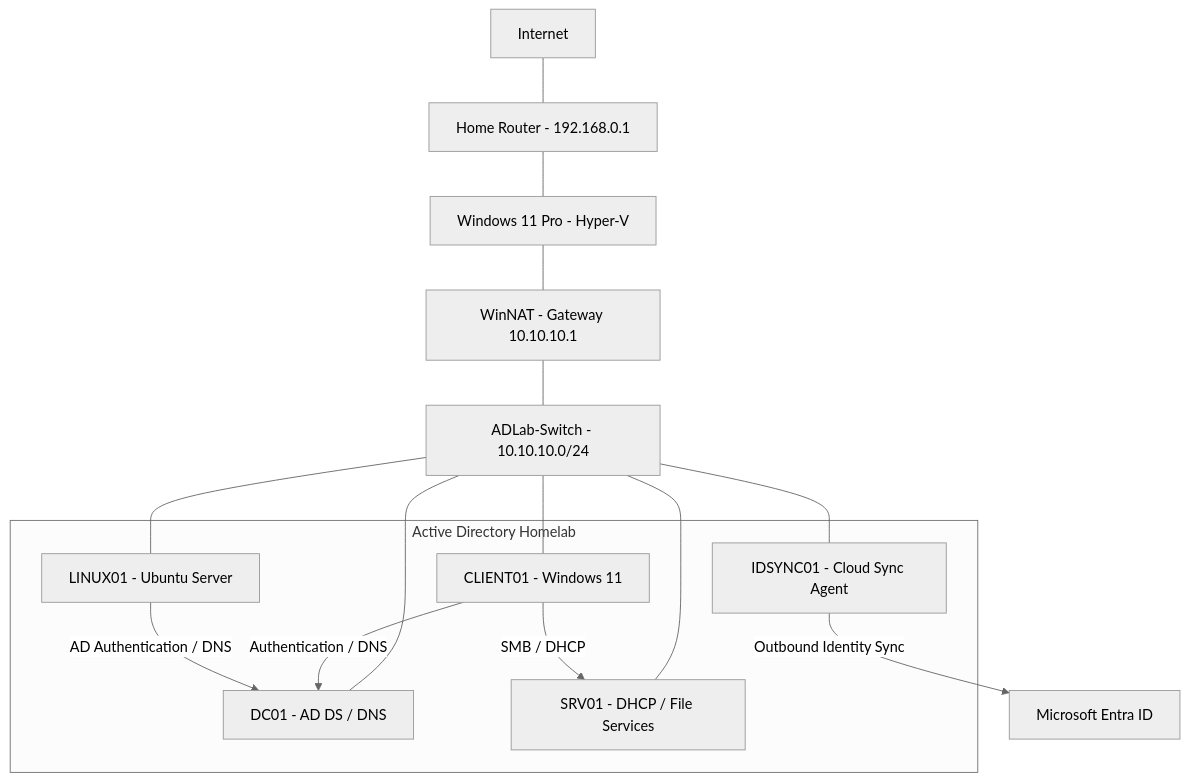
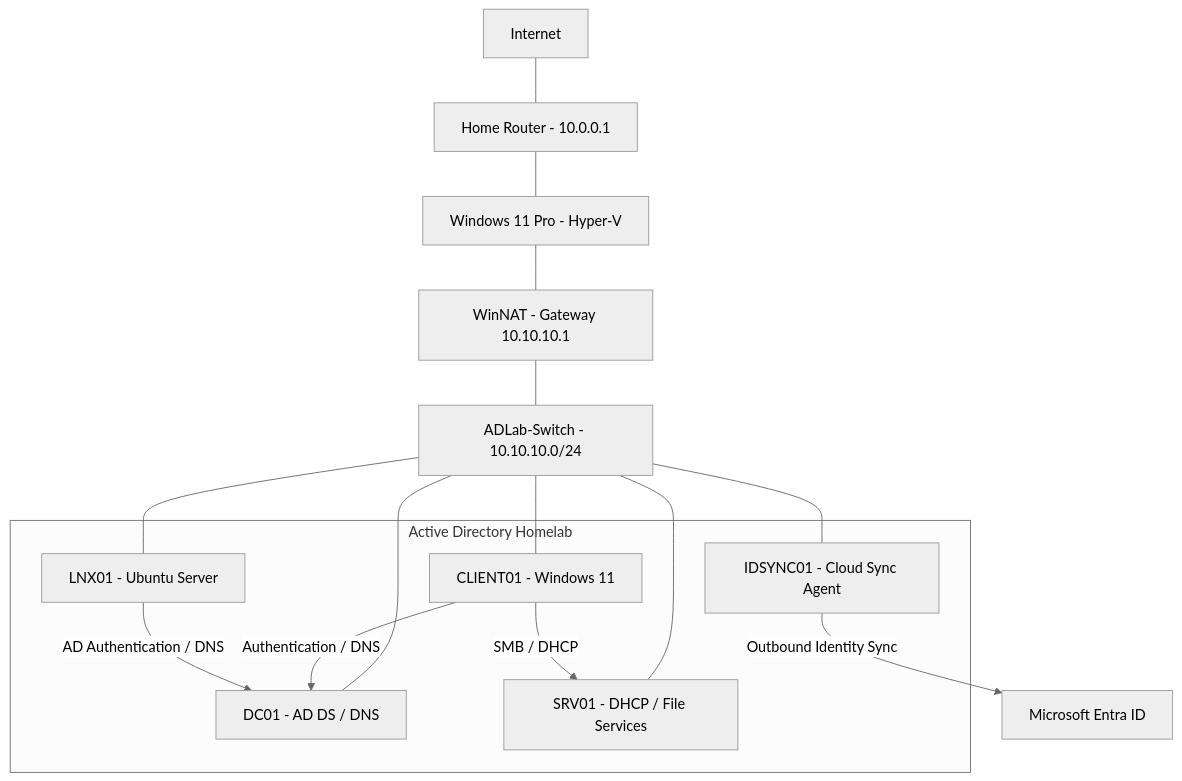
The diagram in README.md (seyi8k/active-directory-enterprise-lab), drawn with Mermaid (neutral theme) before and after one commit. The commit also changed other lines of this file and 3 other files, not shown here.

Commit message:
fix: updated router and hostname references in diagrams and documentation

````diff
--- a/README.md
+++ b/README.md
@@ -9,34 +9,34 @@
 ```mermaid
 flowchart TD
     Internet["Internet"]
-    Router["Home Router - 192.168.0.1"]
+    Router["Home Router - 10.0.0.1"]
     Host["Windows 11 Pro - Hyper-V"]
     NAT["WinNAT - Gateway 10.10.10.1"]
     Switch["ADLab-Switch - 10.10.10.0/24"]
 
     Internet --- Router
     Router --- Host
     Host --- NAT
     NAT --- Switch
 
     subgraph Lab["Active Directory Homelab"]
         DC01["DC01 - AD DS / DNS"]
         SRV01["SRV01 - DHCP / File Services"]
         CLIENT01["CLIENT01 - Windows 11"]
-        LINUX01["LINUX01 - Ubuntu Server"]
+        LNX01["LNX01 - Ubuntu Server"]
         IDSYNC01["IDSYNC01 - Cloud Sync Agent"]
     end
 
     Switch --- DC01
     Switch --- SRV01
     Switch --- CLIENT01
-    Switch --- LINUX01
+    Switch --- LNX01
     Switch --- IDSYNC01
 
     CLIENT01 -->|Authentication / DNS| DC01
     CLIENT01 -->|SMB / DHCP| SRV01
-    LINUX01 -->|AD Authentication / DNS| DC01
+    LNX01 -->|AD Authentication / DNS| DC01
 
     Entra["Microsoft Entra ID"]
     IDSYNC01 -->|Outbound Identity Sync| Entra
 ```
````
